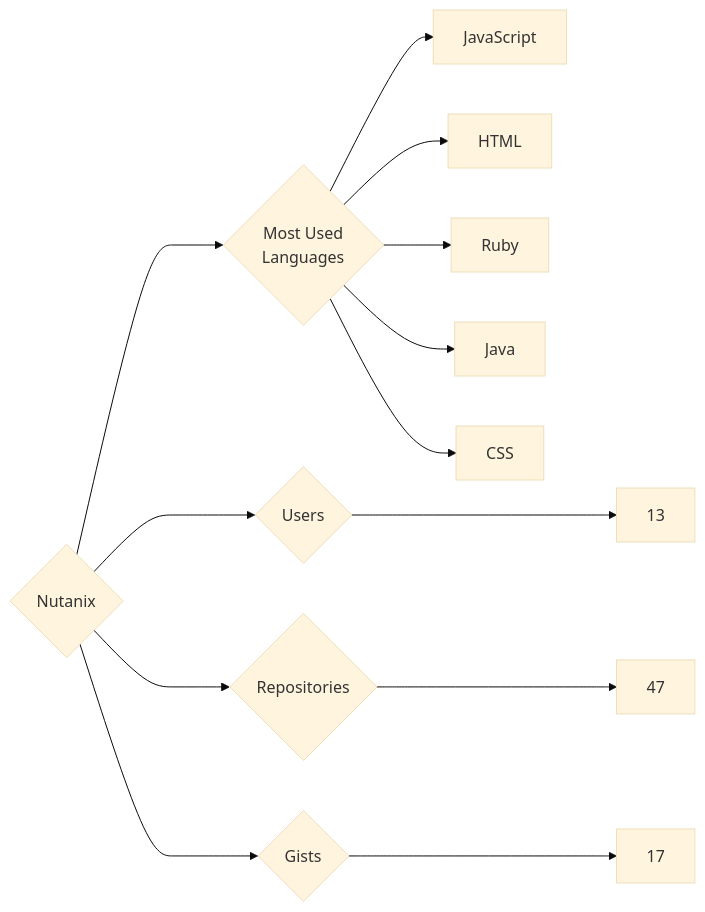
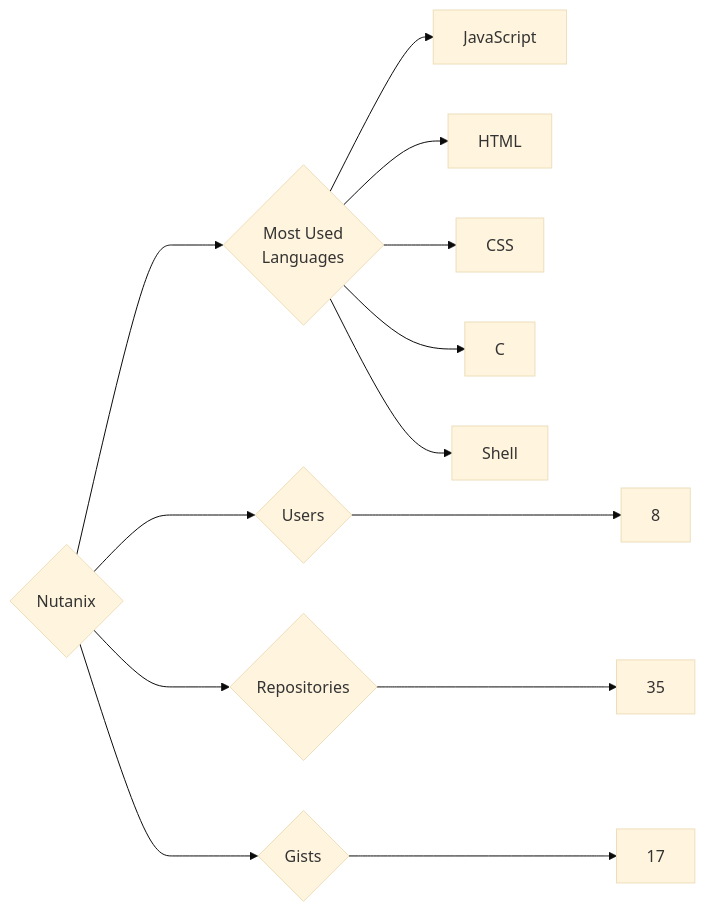
The diagram in targets/Nutanix/README.md (trickest/insiders), drawn with Mermaid (base theme) before and after one commit. The commit also changed 1508 other files, not shown here.

````diff
--- a/targets/Nutanix/README.md
+++ b/targets/Nutanix/README.md
@@ -3,13 +3,13 @@
 ```mermaid
 graph LR
 COMPANY_NAME{Nutanix}
-COMPANY_NAME ---> U{Users} ---> UN[13]
-COMPANY_NAME ---> R{Repositories} ---> RN[47]
+COMPANY_NAME ---> U{Users} ---> UN[8]
+COMPANY_NAME ---> R{Repositories} ---> RN[35]
 COMPANY_NAME ---> G{Gists} ---> GN[17]
 COMPANY_NAME ---> ML{Most Used<br>Languages}
 ML --> JavaScript[JavaScript]
 ML --> HTML[HTML]
-ML --> Ruby[Ruby]
-ML --> Java[Java]
 ML --> CSS[CSS]
+ML --> C[C]
+ML --> Shell[Shell]
 ```
````
